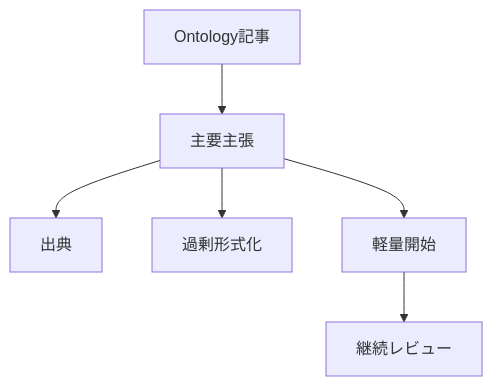
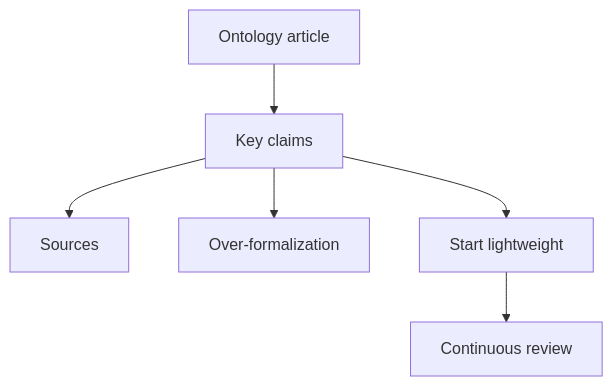
Before and after one commit to daylight55/research: the eighth of 8 diagrams in content/blog/en/ontology-concept.mdx, drawn with Mermaid. The commit also changed other lines of this file and 26 other files, not shown here.

Commit message:
Translate English Mermaid labels

````diff
--- a/content/blog/en/ontology-concept.mdx
+++ b/content/blog/en/ontology-concept.mdx
@@ -335,8 +335,8 @@
 ```mermaid
 graph TD
-  Topic["Ontology記事"] --> Claims["主要主張"]
-  Claims --> Sources["出典"]
-  Claims --> Risks["過剰形式化"]
-  Claims --> Decision["軽量開始"]
-  Decision --> Review["継続レビュー"]
+  Topic["Ontology article"] --> Claims["Key claims"]
+  Claims --> Sources["Sources"]
+  Claims --> Risks["Over-formalization"]
+  Claims --> Decision["Start lightweight"]
+  Decision --> Review["Continuous review"]
 ```
````
